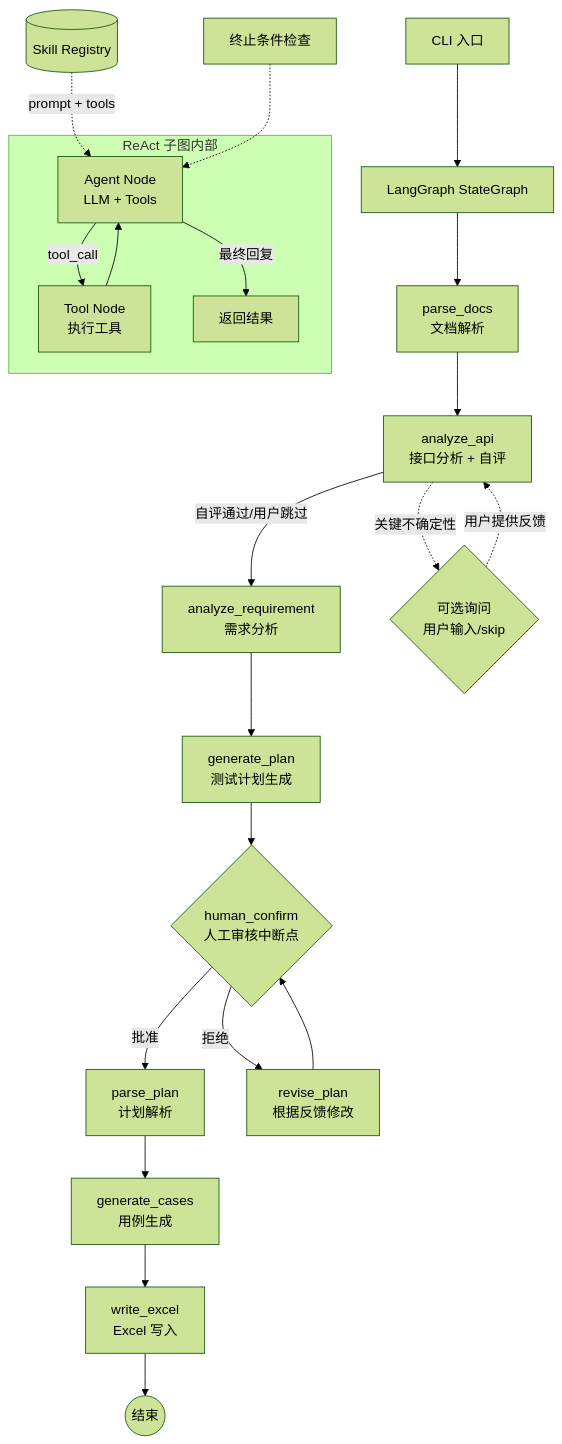
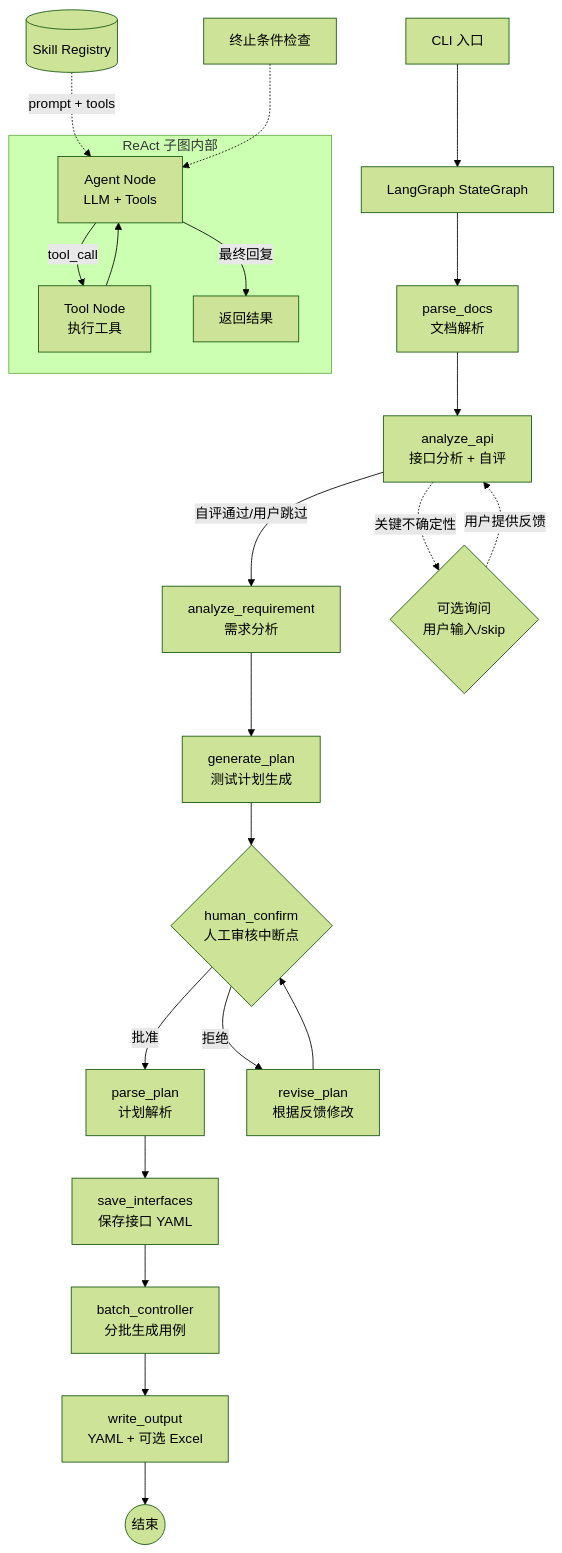
The diagram in agent/README.md (Remon-16/flow-forge), drawn with Mermaid (forest theme) before and after one commit. The commit also changed other lines of this file and 15 other files, not shown here.

````diff
--- a/agent/README.md
+++ b/agent/README.md
@@ -9,26 +9,27 @@
 ```mermaid
 graph TD
     CLI[CLI 入口] --> GRAPH[LangGraph StateGraph]
     GRAPH --> PARSE[parse_docs<br/>文档解析]
     PARSE --> ANALYZE_API[analyze_api<br/>接口分析 + 自评]
     ANALYZE_API -->|自评通过/用户跳过| ANALYZE_REQ[analyze_requirement<br/>需求分析]
     ANALYZE_API -.->|关键不确定性| API_ASK{可选询问<br/>用户输入/skip}
     API_ASK -.->|用户提供反馈| ANALYZE_API
     ANALYZE_REQ --> GEN_PLAN[generate_plan<br/>测试计划生成]
     GEN_PLAN --> CONFIRM{human_confirm<br/>人工审核中断点}
     CONFIRM -->|批准| PARSE_PLAN[parse_plan<br/>计划解析]
     CONFIRM -->|拒绝| REVISE[revise_plan<br/>根据反馈修改]
     REVISE --> CONFIRM
-    PARSE_PLAN --> GEN_CASES[generate_cases<br/>用例生成]
-    GEN_CASES --> WRITE[write_excel<br/>Excel 写入]
+    PARSE_PLAN --> SAVE_IFACES[save_interfaces<br/>保存接口 YAML]
+    SAVE_IFACES --> BATCH[batch_controller<br/>分批生成用例]
+    BATCH --> WRITE[write_output<br/>YAML + 可选 Excel]
     WRITE --> END((结束))
 
     subgraph ReAct 子图内部
         AGENT[Agent Node<br/>LLM + Tools] -->|tool_call| TOOLS[Tool Node<br/>执行工具]
         TOOLS --> AGENT
         AGENT -->|最终回复| DONE[返回结果]
     end
 
     SKILLS[(Skill Registry)] -.->|prompt + tools| AGENT
     TERM[终止条件检查] -.-> AGENT
 ```
````
